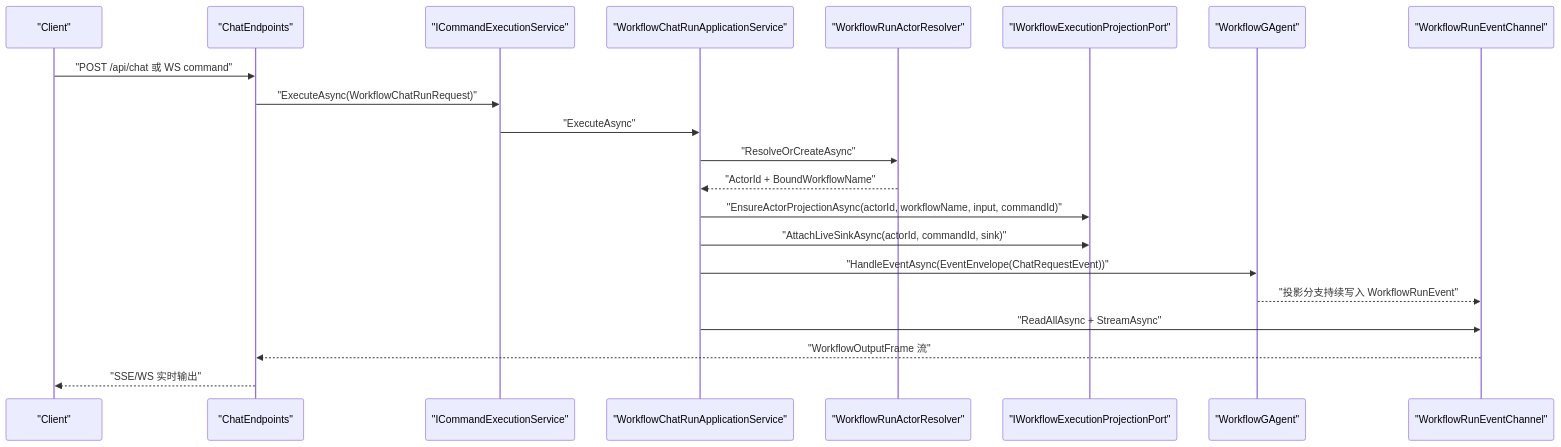
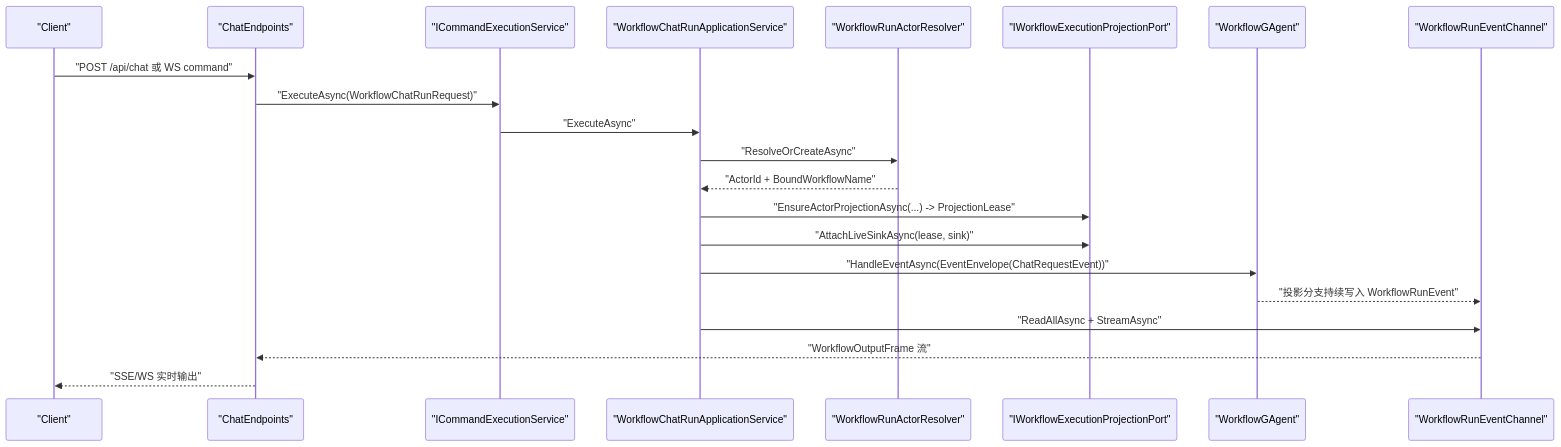
Before and after one commit to aevatarAI/aevatar: the second of 5 diagrams in src/workflow/README.md, drawn with Mermaid. The commit also changed 24 other files, not shown here.

First line of the commit message:
Enhance projection architecture and enforce state management constraints

````diff
--- a/src/workflow/README.md
+++ b/src/workflow/README.md
@@ -67,25 +67,25 @@
 ```mermaid
 %%{init: {"maxTextSize": 100000, "flowchart": {"useMaxWidth": false, "nodeSpacing": 10, "rankSpacing": 50}, "themeVariables": {"fontSize": "10px"}}}%%
 sequenceDiagram
   participant Client as "Client"
   participant Api as "ChatEndpoints"
   participant CmdSvc as "ICommandExecutionService"
   participant AppSvc as "WorkflowChatRunApplicationService"
   participant Resolver as "WorkflowRunActorResolver"
   participant Port as "IWorkflowExecutionProjectionPort"
   participant WFAgent as "WorkflowGAgent"
   participant Sink as "WorkflowRunEventChannel"
 
   Client->>Api: "POST /api/chat 或 WS command"
   Api->>CmdSvc: "ExecuteAsync(WorkflowChatRunRequest)"
   CmdSvc->>AppSvc: "ExecuteAsync"
   AppSvc->>Resolver: "ResolveOrCreateAsync"
   Resolver-->>AppSvc: "ActorId + BoundWorkflowName"
-  AppSvc->>Port: "EnsureActorProjectionAsync(actorId, workflowName, input, commandId)"
-  AppSvc->>Port: "AttachLiveSinkAsync(actorId, commandId, sink)"
+  AppSvc->>Port: "EnsureActorProjectionAsync(...) -> ProjectionLease"
+  AppSvc->>Port: "AttachLiveSinkAsync(lease, sink)"
   AppSvc->>WFAgent: "HandleEventAsync(EventEnvelope(ChatRequestEvent))"
   WFAgent-->>Sink: "投影分支持续写入 WorkflowRunEvent"
   AppSvc->>Sink: "ReadAllAsync + StreamAsync"
   Sink-->>Api: "WorkflowOutputFrame 流"
   Api-->>Client: "SSE/WS 实时输出"
 ```
````
